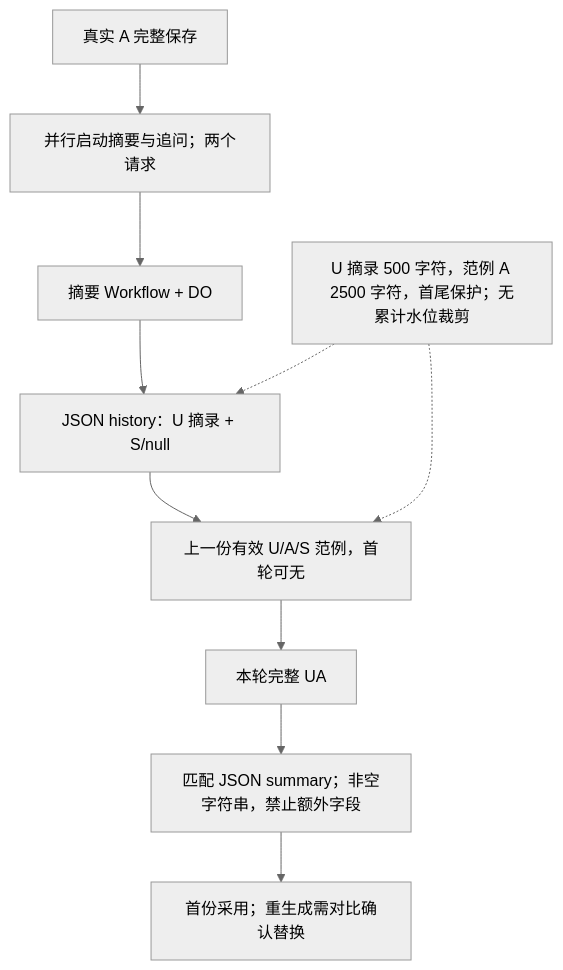
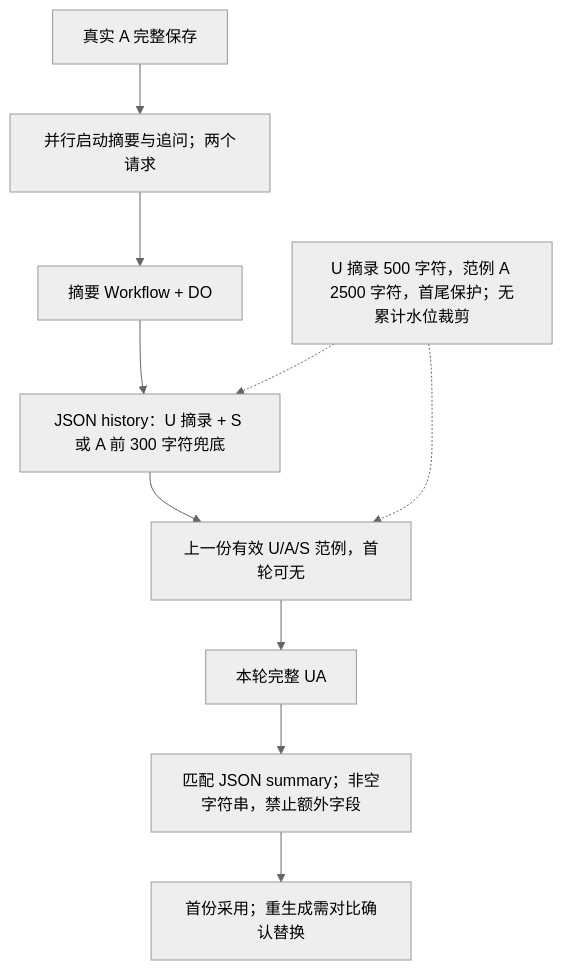
The second of 2 diagrams in docs/PLUGIN_CONTEXT.md (ccawmiku/workers-chat), drawn with Mermaid (neutral theme) before and after one commit. The commit also changed other lines of this file and 32 other files, not shown here.

````diff
--- a/docs/PLUGIN_CONTEXT.md
+++ b/docs/PLUGIN_CONTEXT.md
@@ -29,12 +29,12 @@
 ```mermaid
 flowchart TD
     Main[真实 A 完整保存] --> P[并行启动摘要与追问；两个请求]
     P --> Summary[摘要 Workflow + DO]
-    Summary --> H[JSON history：U 摘录 + S/null]
+    Summary --> H[JSON history：U 摘录 + S 或 A 前 300 字符兜底]
     H --> E[上一份有效 U/A/S 范例，首轮可无]
     E --> Current[本轮完整 UA]
     Current --> Out[匹配 JSON summary；非空字符串，禁止额外字段]
     Out --> Accept[首份采用；重生成需对比确认替换]
     W[U 摘录 500 字符，范例 A 2500 字符，首尾保护；无累计水位裁剪] -.-> H
     W -.-> E
 ```
````
